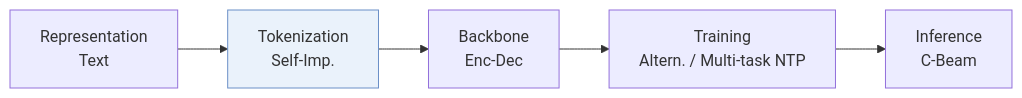
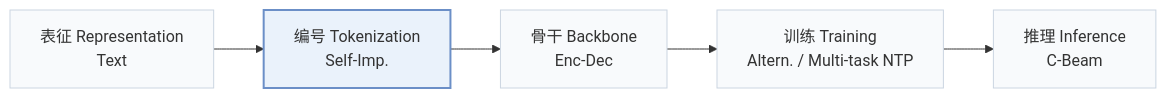
One commit to Galaxy-ghost/Awesome-SID-Generative-Rec changed the first of 2 diagrams in pages/zh/papers/siit.md. Above: the diagram before and after it, drawn with Mermaid. The commit also changed other lines of this file and 649 other files, not shown here.

Commit message:
writer-05: also tags and modality index (schema, check, build, visuals); summary field removed; calibration data for 12 papers

````diff
--- a/pages/zh/papers/siit.md
+++ b/pages/zh/papers/siit.md
@@ -13,6 +15,8 @@
 ```mermaid
 flowchart LR
-    R["Representation<br/>Text"] --> T["Tokenization<br/>Self-Imp."] --> B["Backbone<br/>Enc-Dec"] --> TR["Training<br/>Altern. / Multi-task NTP"] --> I["Inference<br/>C-Beam"]
-    classDef main fill:#eaf2fb,stroke:#6b8fc7
+    R["表征 Representation<br/>Text"] --> T["编号 Tokenization<br/>Self-Imp."] --> B["骨干 Backbone<br/>Enc-Dec"] --> TR["训练 Training<br/>Altern. / Multi-task NTP"] --> I["推理 Inference<br/>C-Beam"]
+    classDef base fill:#f8fafc,stroke:#cbd5e1
+    class R,T,B,TR,I base
+    classDef main fill:#eaf2fb,stroke:#6b8fc7,stroke-width:2px
     class T main
 ```
````
